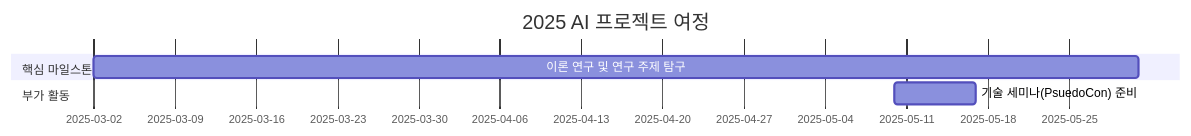
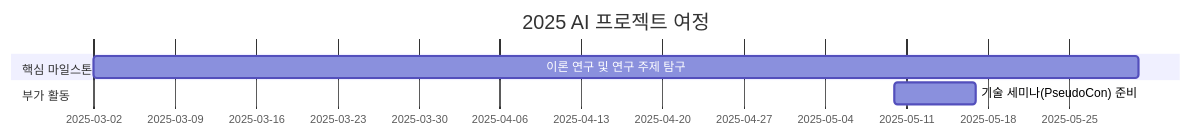
Before and after one commit to fabxoe/GenAIDD: the diagram in README.md, drawn with Mermaid. The commit also changed other lines of this file, not shown here.

````diff
--- a/README.md
+++ b/README.md
@@ -46,10 +46,10 @@
 ```mermaid
 gantt
     title 2025 AI 프로젝트 여정
 
     section 핵심 마일스톤
     이론 연구 및 연구 주제 탐구 :a1, 2025-03-02, 90d
     
     section 부가 활동
-    기술 세미나(PsuedoCon) 준비 :2025-05-10, 7d
+    기술 세미나(PseudoCon) 준비 :2025-05-10, 7d
 ```
````
